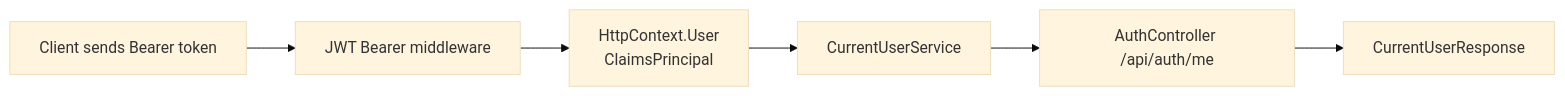
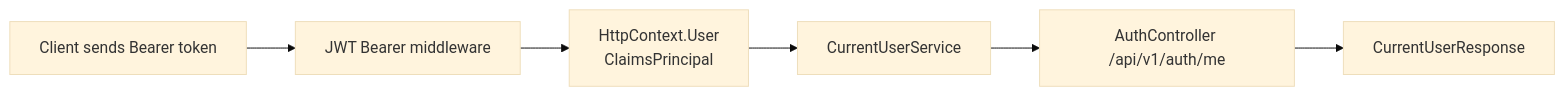
One commit to premix-labs/aspnet-core-web-api-tutorial-book changed the diagram in src/content/docs/part-6-auth/32-current-user.md. Above: the diagram before and after it, drawn with Mermaid (base theme). The commit also changed other lines of this file and 89 other files, not shown here.

````diff
--- a/src/content/docs/part-6-auth/32-current-user.md
+++ b/src/content/docs/part-6-auth/32-current-user.md
@@ -12,8 +12,8 @@
 ```mermaid
 flowchart LR
     Client["Client sends Bearer token"] --> JwtMiddleware["JWT Bearer middleware"]
     JwtMiddleware --> Principal["HttpContext.User<br/>ClaimsPrincipal"]
     Principal --> CurrentUserService["CurrentUserService"]
-    CurrentUserService --> AuthController["AuthController /api/auth/me"]
+    CurrentUserService --> AuthController["AuthController /api/v1/auth/me"]
     AuthController --> Response["CurrentUserResponse"]
 ```
````
